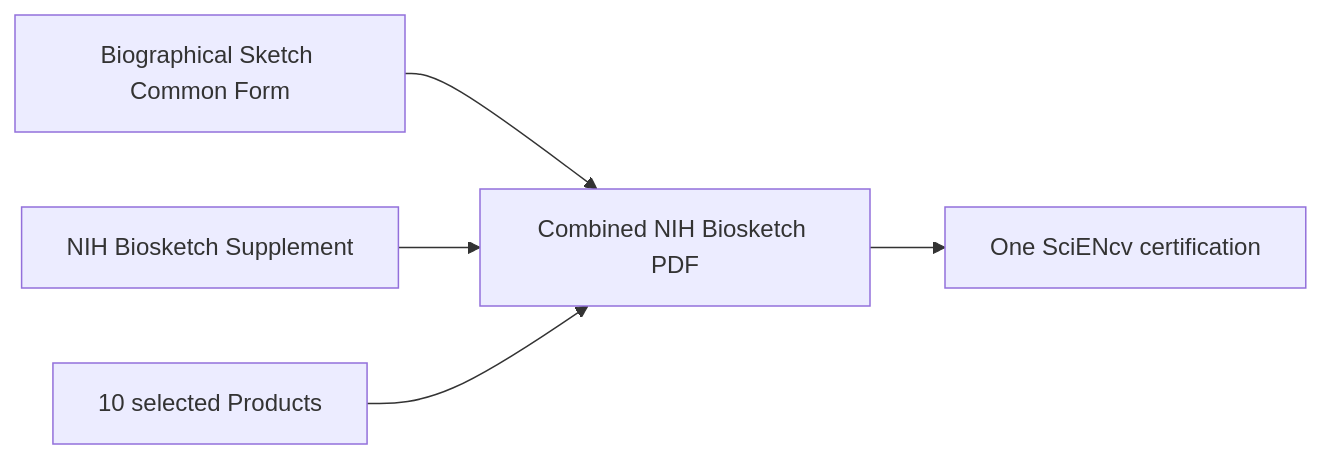
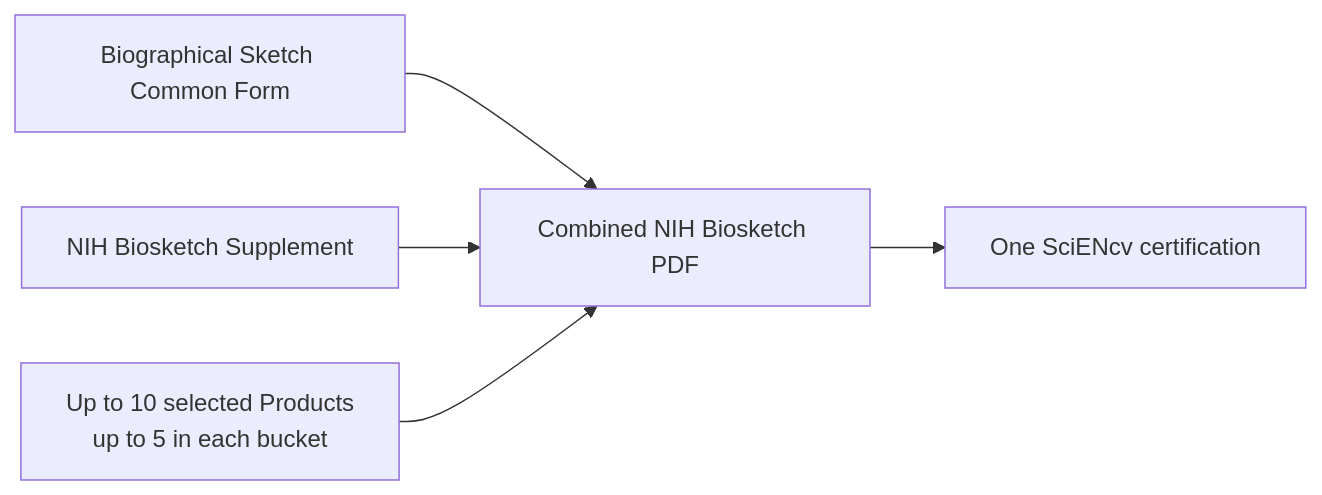
One commit to FritscheLab/nih-sciencv-playbook changed the diagram in docs/biosketch/overview.md. Above: the diagram before and after it, drawn with Mermaid. The commit also changed other lines of this file and 48 other files, not shown here.

````diff
--- a/docs/biosketch/overview.md
+++ b/docs/biosketch/overview.md
@@ -24,9 +26,9 @@
 ```mermaid
 flowchart LR
     accTitle: Biosketch output components
     accDescr: The NIH biosketch PDF combines the Biographical Sketch Common Form, the NIH Biosketch Supplement, and selected products inside SciENcv.
     A["Biographical Sketch Common Form"] --> D["Combined NIH Biosketch PDF"]
     B["NIH Biosketch Supplement"] --> D
-    C["10 selected Products"] --> D
+    C["Up to 10 selected Products<br/>up to 5 in each bucket"] --> D
     D --> E["One SciENcv certification"]
 ```
````
